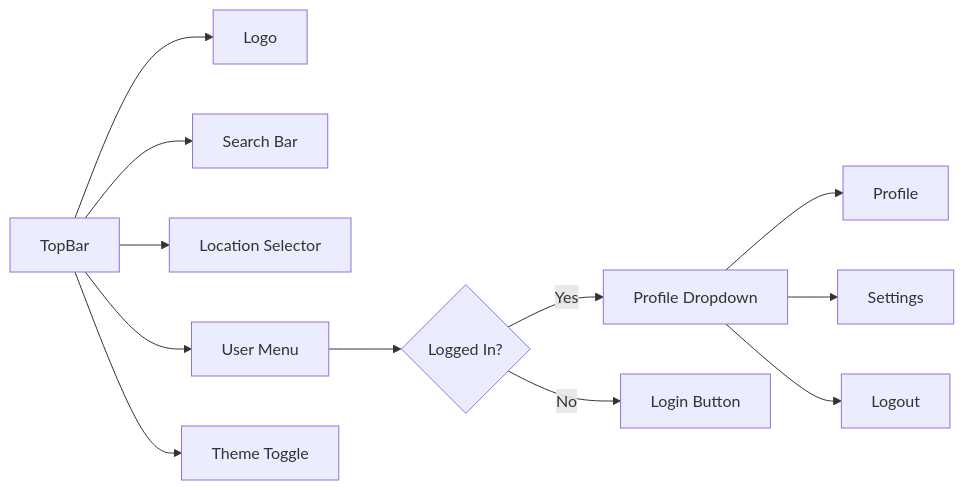
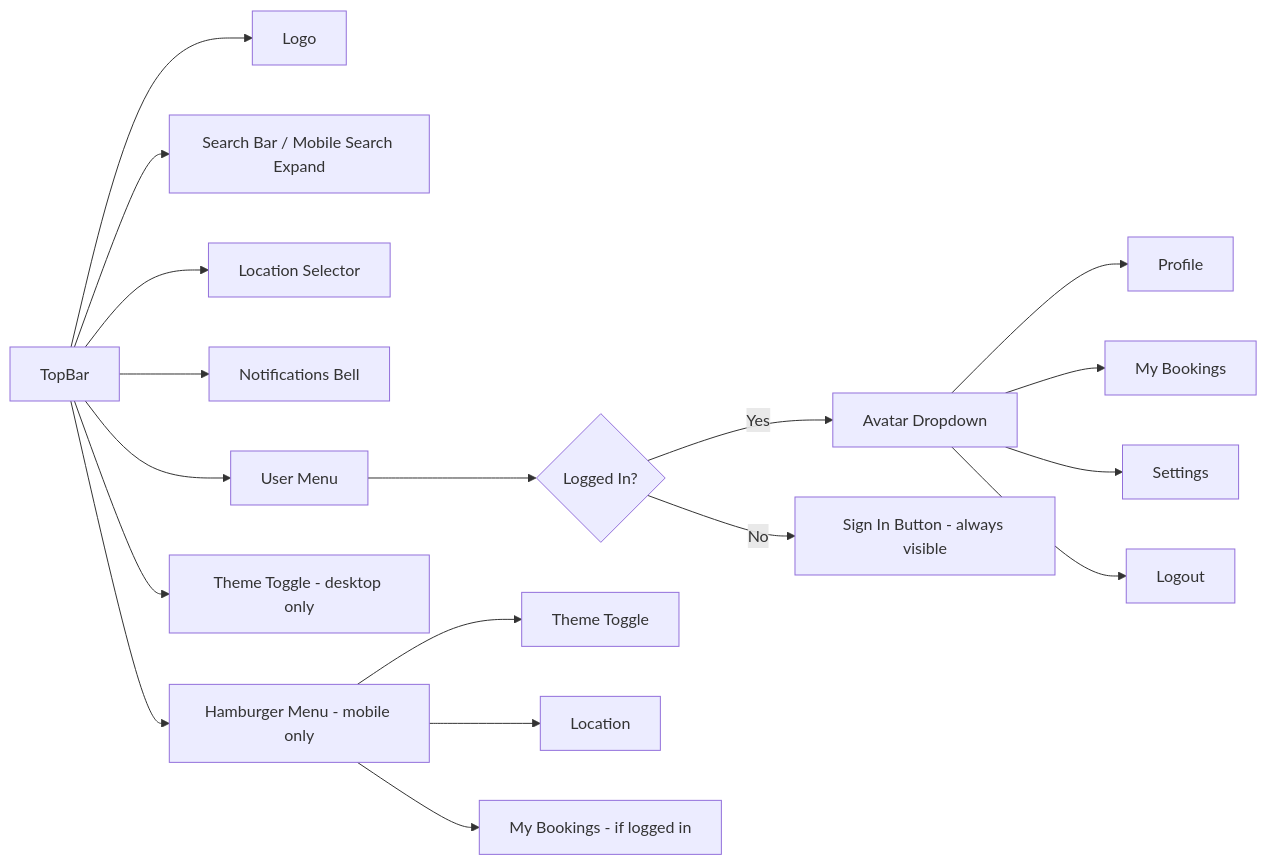
The tenth of 19 diagrams in users.md (hduraimurugan/cinema-app-docs), drawn with Mermaid before and after one commit. The commit also changed other lines of this file and 2 other files, not shown here.

````diff
--- a/users.md
+++ b/users.md
@@ -357,16 +367,23 @@
 ```mermaid
 graph LR
     A[TopBar] --> B[Logo]
-    A --> C[Search Bar]
+    A --> C[Search Bar / Mobile Search Expand]
     A --> D[Location Selector]
-    A --> E[User Menu]
-    A --> F[Theme Toggle]
+    A --> E[Notifications Bell]
+    A --> F[User Menu]
+    A --> G[Theme Toggle - desktop only]
+    A --> H[Hamburger Menu - mobile only]
 
-    E --> G{Logged In?}
-    G -->|Yes| H[Profile Dropdown]
-    G -->|No| I[Login Button]
+    F --> I{Logged In?}
+    I -->|Yes| J[Avatar Dropdown]
+    I -->|No| K[Sign In Button - always visible]
 
-    H --> J[Profile]
-    H --> K[Settings]
-    H --> L[Logout]
+    J --> L[Profile]
+    J --> M[My Bookings]
+    J --> N[Settings]
+    J --> O[Logout]
+
+    H --> P[Theme Toggle]
+    H --> Q[Location]
+    H --> R[My Bookings - if logged in]
 ```
````
